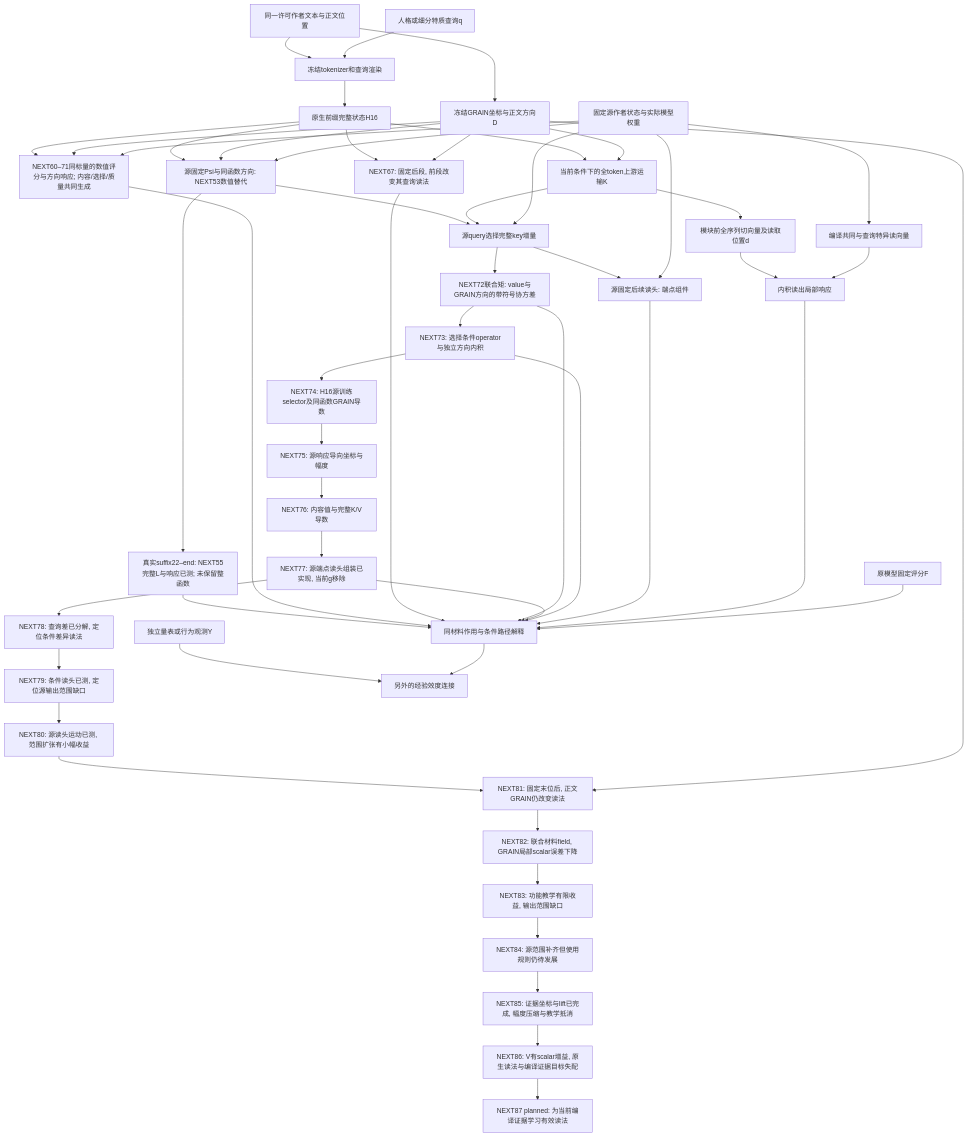
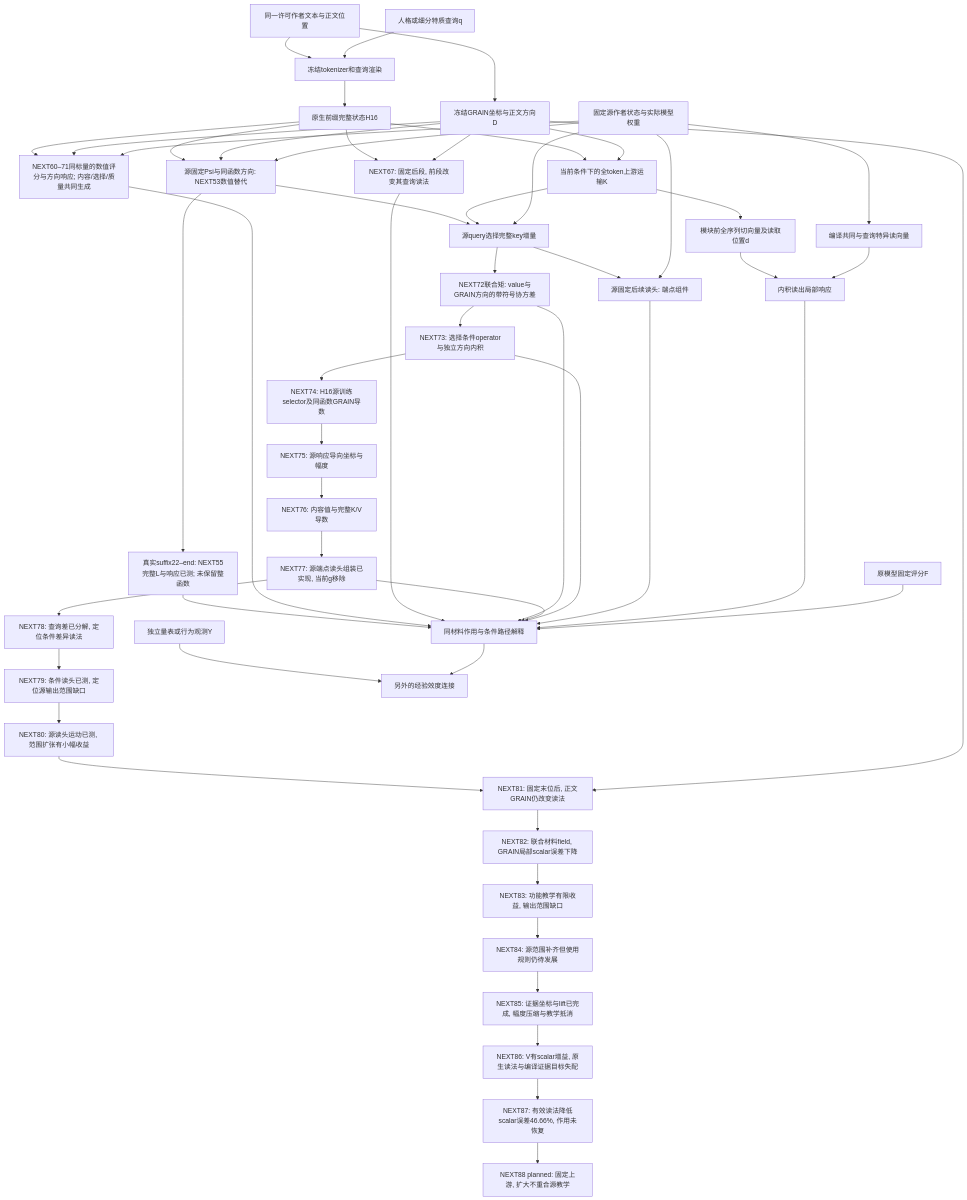
The diagram in docs/GRAIN_UPSTREAM_MECHANISM_INTEGRATION_V1.md (reiserhhh/GRAIN), drawn with Mermaid before and after one commit. The commit also changed other lines of this file and 20 other files, not shown here.

````diff
--- a/docs/GRAIN_UPSTREAM_MECHANISM_INTEGRATION_V1.md
+++ b/docs/GRAIN_UPSTREAM_MECHANISM_INTEGRATION_V1.md
@@ -8,55 +8,56 @@
 ```mermaid
 flowchart TD
   T[同一许可作者文本与正文位置] --> G[冻结GRAIN坐标与正文方向D]
   T --> R[冻结tokenizer和查询渲染]
   Q[人格或细分特质查询q] --> R
   R --> H[原生前缀完整状态H16]
   H --> K[当前条件下的全token上游运输K]
   H --> P[源固定Psi与同函数方向: NEXT53数值替代]
   G --> P
   S --> P
   P --> U
   P --> W[真实suffix22–end: NEXT55完整L与响应已测; 未保留整函数]
   W --> J
   H --> Z[NEXT60–71同标量的数值评分与方向响应; 内容/选择/质量共同生成]
   G --> Z
   S --> Z
   Z --> J
   H --> I[NEXT67: 固定后段, 前段改变其查询读法]
   G --> I
   I --> J
   G --> K
   K --> D[模块前全序列切向量及读取位置d]
   S[固定源作者状态与实际模型权重] --> V[编译共同与查询特异读向量]
   D --> A[内积读出局部响应]
   V --> A
   K --> U[源query选择完整key增量]
   S --> U
   U --> M[NEXT72联合矩: value与GRAIN方向的带符号协方差]
   M --> J
   M --> O[NEXT73: 选择条件operator与独立方向内积]
   O --> P74[NEXT74: H16源训练selector及同函数GRAIN导数]
   P74 --> P75[NEXT75: 源响应导向坐标与幅度]
   P75 --> P76[NEXT76: 内容值与完整K/V导数]
   P76 --> P77[NEXT77: 源端点读头组装已实现, 当前g移除]
   P77 --> J
   P77 --> P78[NEXT78: 查询差已分解, 定位条件差异读法]
   P78 --> P79[NEXT79: 条件读头已测, 定位源输出范围缺口]
   P79 --> P80[NEXT80: 源读头运动已测, 范围扩张有小幅收益]
   P80 --> P81[NEXT81: 固定末位后, 正文GRAIN仍改变读法]
   G --> P81
   P81 --> P82[NEXT82: 联合材料field, GRAIN局部scalar误差下降]
   P82 --> P83[NEXT83: 功能教学有限收益, 输出范围缺口]
   P83 --> P84[NEXT84: 源范围补齐但使用规则仍待发展]
   P84 --> P85[NEXT85: 证据坐标与lift已完成, 幅度压缩与教学抵消]
   P85 --> P86[NEXT86: V有scalar增益, 原生读法与编译证据目标失配]
-  P86 --> P87[NEXT87 planned: 为当前编译证据学习有效读法]
+  P86 --> P87[NEXT87: 有效读法降低scalar误差46.66%, 作用未恢复]
+  P87 --> P88[NEXT88 planned: 固定上游, 扩大不重合源教学]
   O --> J
   U --> C[源固定后续读头: 端点组件]
   S --> C
   C --> J
   A --> J[同材料作用与条件路径解释]
   F[原模型固定评分F] --> J
   Y[独立量表或行为观测Y] --> E[另外的经验效度连接]
   J --> E
 ```
````
